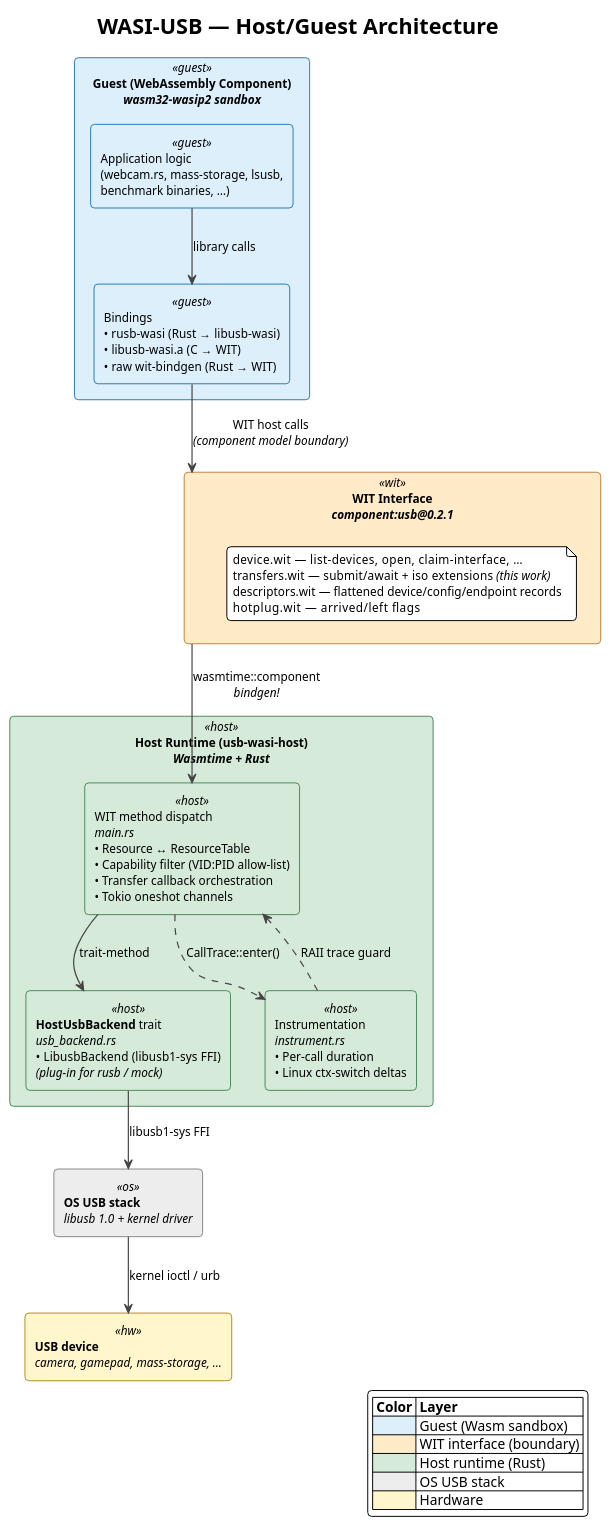
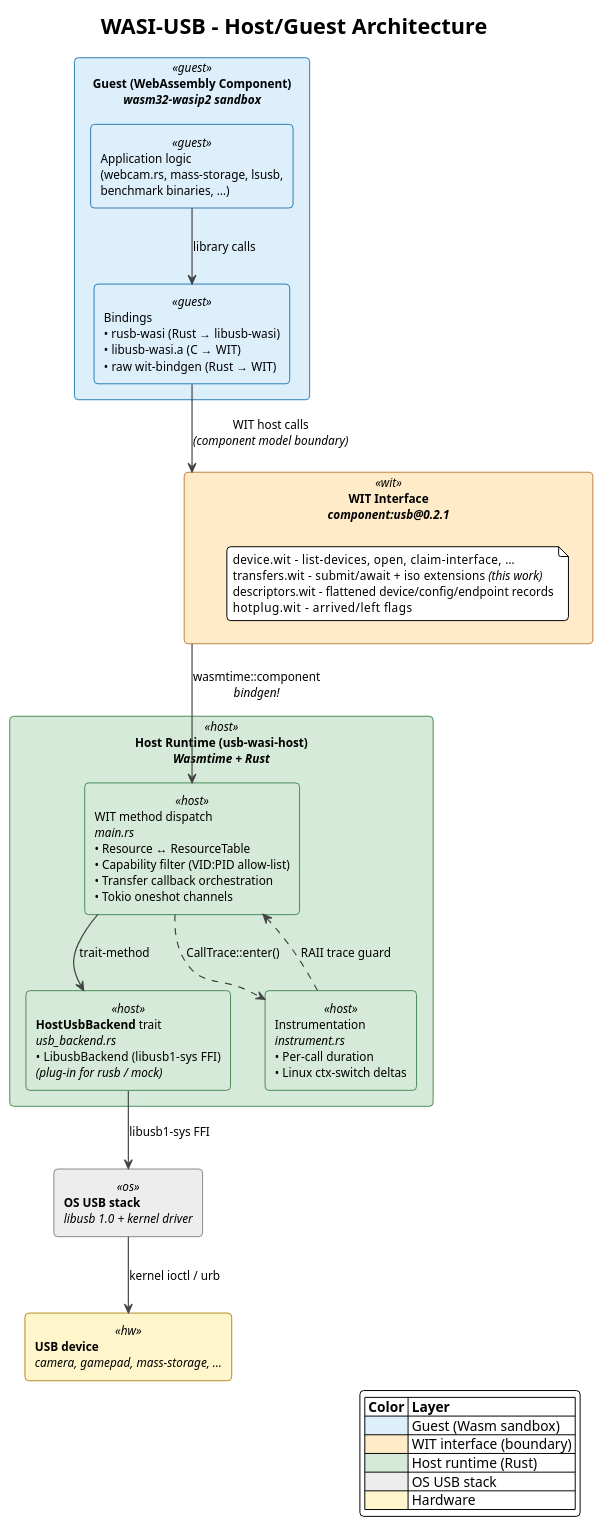
Before and after one commit to idlab-discover/masters-sibren-wieme: the diagram in diagrams/host_guest_arch.puml, drawn with PlantUML. The commit also changed 9 other files, not shown here.

Commit message:
diagrams: ndash vervangen door gewone koppeltekens

```diff
--- a/diagrams/host_guest_arch.puml
+++ b/diagrams/host_guest_arch.puml
@@ -1,66 +1,66 @@
 @startuml host_guest_arch
 !theme plain
 skinparam shadowing false
 skinparam roundcorner 8
 skinparam defaultFontName "Helvetica"
 skinparam defaultFontSize 12
 skinparam ArrowColor #444
 skinparam ArrowThickness 1.2
 
-title WASI-USB — Host/Guest Architecture
+title WASI-USB - Host/Guest Architecture
 
 skinparam rectangle {
   BackgroundColor<<guest>>   #DCEFFB
   BorderColor<<guest>>       #2C7BB6
   BackgroundColor<<wit>>     #FFEBC8
   BorderColor<<wit>>         #C0823F
   BackgroundColor<<host>>    #D5EAD8
   BorderColor<<host>>        #4B8B5A
   BackgroundColor<<os>>      #EDEDED
   BorderColor<<os>>          #888
   BackgroundColor<<hw>>      #FFF6CC
   BorderColor<<hw>>          #B58A1F
 }
 
 rectangle "**Guest (WebAssembly Component)**\n//wasm32-wasip2 sandbox//" as guest <<guest>> {
   rectangle "Application logic\n(webcam.rs, mass-storage, lsusb,\nbenchmark binaries, …)" as app <<guest>>
   rectangle "Bindings\n• rusb-wasi  (Rust → libusb-wasi)\n• libusb-wasi.a  (C → WIT)\n• raw wit-bindgen  (Rust → WIT)" as bindings <<guest>>
 }
 
 rectangle "**WIT Interface**\n//component:usb@0.2.1//" as wit <<wit>> {
   note as N1
-    device.wit       — list-devices, open, claim-interface, …
-    transfers.wit    — submit/await + iso extensions //(this work)//
-    descriptors.wit  — flattened device/config/endpoint records
-    hotplug.wit      — arrived/left flags
+    device.wit       - list-devices, open, claim-interface, …
+    transfers.wit    - submit/await + iso extensions //(this work)//
+    descriptors.wit  - flattened device/config/endpoint records
+    hotplug.wit      - arrived/left flags
   end note
 }
 
 rectangle "**Host Runtime (usb-wasi-host)**\n//Wasmtime + Rust//" as host <<host>> {
   rectangle "WIT method dispatch\n//main.rs//\n• Resource ↔ ResourceTable\n• Capability filter (VID:PID allow-list)\n• Transfer callback orchestration\n• Tokio oneshot channels" as dispatch <<host>>
   rectangle "**HostUsbBackend** trait\n//usb_backend.rs//\n• LibusbBackend  (libusb1-sys FFI)\n//(plug-in for rusb / mock)//" as backend <<host>>
   rectangle "Instrumentation\n//instrument.rs//\n• Per-call duration\n• Linux ctx-switch deltas" as instr <<host>>
 }
 
 rectangle "**OS USB stack**\n//libusb 1.0 + kernel driver//" as os <<os>>
 rectangle "**USB device**\n//camera, gamepad, mass-storage, …//" as hw <<hw>>
 
 app          --> bindings : library calls
 bindings     --> wit       : WIT host calls\n//(component model boundary)//
 wit          --> dispatch  : wasmtime::component\n//bindgen!//
 dispatch     --> backend   : trait-method
 backend      --> os        : libusb1-sys FFI
 os           --> hw        : kernel ioctl / urb
 instr        ..> dispatch  : RAII trace guard
 dispatch     ..> instr     : CallTrace::enter()
 
 legend right
   | **Color** | **Layer** |
   |<#DCEFFB>| Guest (Wasm sandbox) |
   |<#FFEBC8>| WIT interface (boundary) |
   |<#D5EAD8>| Host runtime (Rust) |
   |<#EDEDED>| OS USB stack |
   |<#FFF6CC>| Hardware |
 endlegend
 
 @enduml
```
